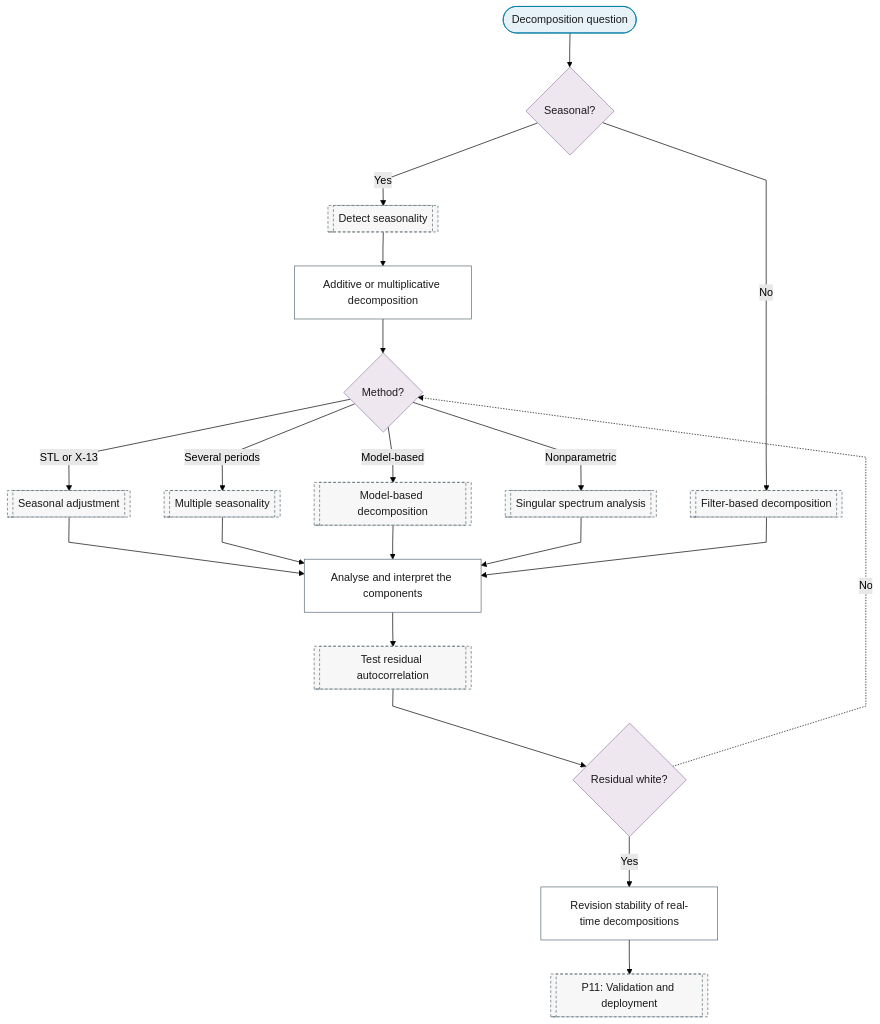
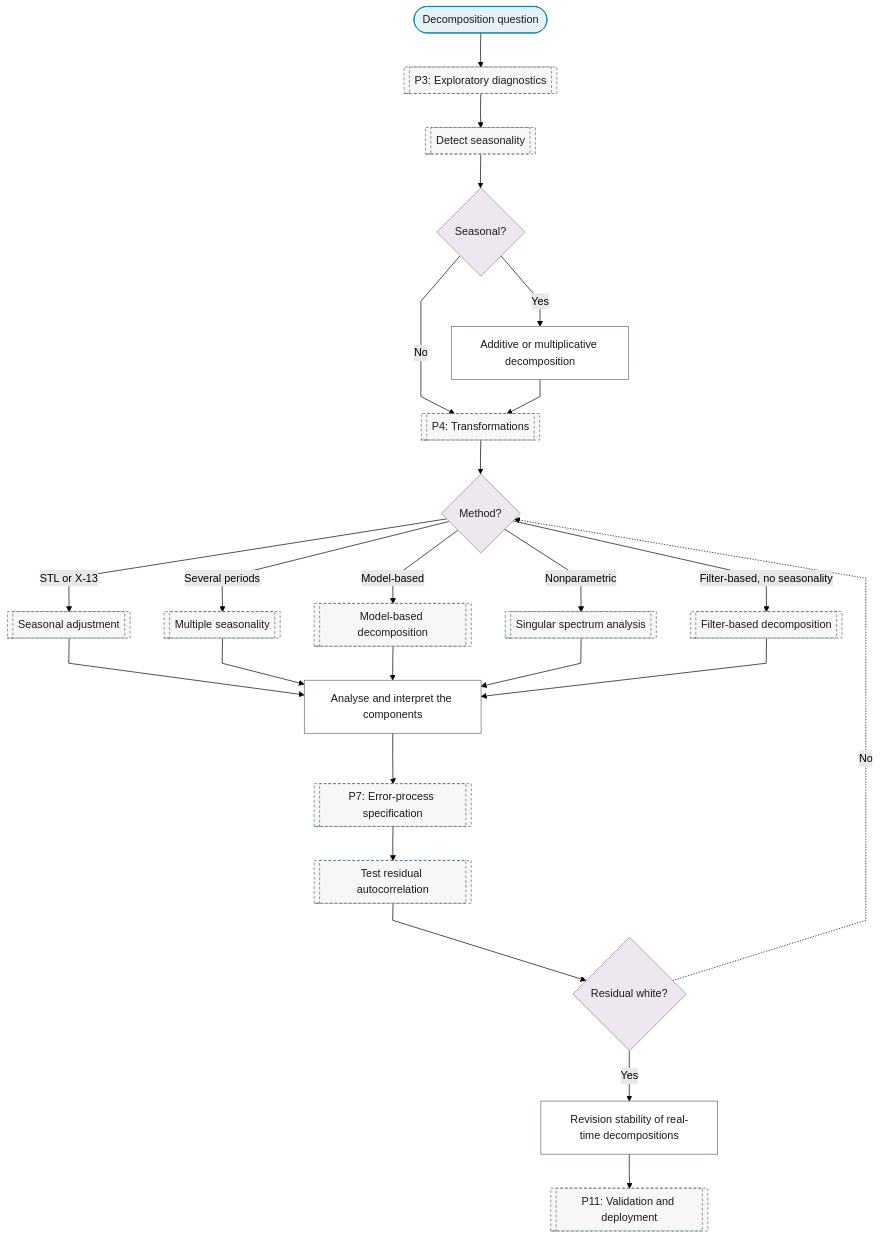
One commit to Shuxin-Y/time-series-analysis-manual changed the diagram in docs/01-workflow/p02-purpose/06-decomposition.md. Above: the diagram before and after it, drawn with Mermaid (forest theme). The commit also changed 12 other files, not shown here.

First line of the commit message:
fix(flowchart): purpose charts index the spine in phase order (rev1 M3)

````diff
--- a/docs/01-workflow/p02-purpose/06-decomposition.md
+++ b/docs/01-workflow/p02-purpose/06-decomposition.md
@@ -7,31 +7,35 @@
 ```mermaid
 %%{init: {"flowchart": {"curve": "linear"}}}%%
 graph TD
-    P2_DC_IN(["Decomposition question"]) --> P2_DC_SEASONAL{"Seasonal?"}
-    P2_DC_SEASONAL -->|"Yes"| P3_SEASONALITY[["Detect seasonality"]]
-    P2_DC_SEASONAL -->|"No"| P4_FILTER_DECOMPOSITION[["Filter-based decomposition"]]
-    P3_SEASONALITY --> P2_DC_ADDITIVE_MULTIPLICATIVE["Additive or multiplicative decomposition"]
-    P2_DC_ADDITIVE_MULTIPLICATIVE --> P2_DC_METHOD{"Method?"}
+    P2_DC_IN(["Decomposition question"]) --> P3[["P3: Exploratory diagnostics"]]
+    P3 --> P3_SEASONALITY[["Detect seasonality"]]
+    P3_SEASONALITY --> P2_DC_SEASONAL{"Seasonal?"}
+    P2_DC_SEASONAL -->|"Yes"| P2_DC_ADDITIVE_MULTIPLICATIVE["Additive or multiplicative decomposition"]
+    P2_DC_SEASONAL -->|"No"| P4
+    P2_DC_ADDITIVE_MULTIPLICATIVE --> P4[["P4: Transformations"]]
+    P4 --> P2_DC_METHOD{"Method?"}
     P2_DC_METHOD -->|"STL or X-13"| P4_SEASONAL_ADJUSTMENT[["Seasonal adjustment"]]
     P2_DC_METHOD -->|"Several periods"| P4_MULTIPLE_SEASONALITY[["Multiple seasonality"]]
     P2_DC_METHOD -->|"Model-based"| P4_MODEL_DECOMPOSITION[["Model-based decomposition"]]
     P2_DC_METHOD -->|"Nonparametric"| P4_SSA[["Singular spectrum analysis"]]
+    P2_DC_METHOD -->|"Filter-based, no seasonality"| P4_FILTER_DECOMPOSITION[["Filter-based decomposition"]]
     P4_SEASONAL_ADJUSTMENT & P4_MULTIPLE_SEASONALITY & P4_MODEL_DECOMPOSITION & P4_SSA & P4_FILTER_DECOMPOSITION --> P2_DC_COMPONENT_ANALYSIS["Analyse and interpret the components"]
-    P2_DC_COMPONENT_ANALYSIS --> P7_MEAN_TESTS[["Test residual autocorrelation"]]
+    P2_DC_COMPONENT_ANALYSIS --> P7[["P7: Error-process specification"]]
+    P7 --> P7_MEAN_TESTS[["Test residual autocorrelation"]]
     P7_MEAN_TESTS --> P2_DC_RESIDUAL{"Residual white?"}
     P2_DC_RESIDUAL -.->|"No"| P2_DC_METHOD
     P2_DC_RESIDUAL -->|"Yes"| P2_DC_REVISION["Revision stability of real-time decompositions"]
     P2_DC_REVISION --> P11[["P11: Validation and deployment"]]
     class P2_DC_IN terminator
     class P2_DC_SEASONAL,P2_DC_METHOD,P2_DC_RESIDUAL decision
     class P2_DC_ADDITIVE_MULTIPLICATIVE,P2_DC_COMPONENT_ANALYSIS,P2_DC_REVISION process
-    class P3_SEASONALITY,P4_FILTER_DECOMPOSITION,P4_SEASONAL_ADJUSTMENT,P4_MULTIPLE_SEASONALITY,P4_MODEL_DECOMPOSITION,P4_SSA,P7_MEAN_TESTS,P11 ref
+    class P3,P3_SEASONALITY,P4,P4_SEASONAL_ADJUSTMENT,P4_MULTIPLE_SEASONALITY,P4_MODEL_DECOMPOSITION,P4_SSA,P4_FILTER_DECOMPOSITION,P7,P7_MEAN_TESTS,P11 ref
     classDef terminator fill:#E6F2F7,stroke:#007BA7,color:#1A1A1A;
     classDef process fill:#FFFFFF,stroke:#5A6B73,color:#1A1A1A;
     classDef decision fill:#EFE7F0,stroke:#9B7FA7,color:#1A1A1A;
     classDef data fill:#FFF4E0,stroke:#C9A55E,color:#1A1A1A;
     classDef good fill:#DCEFD8,stroke:#4A7A3F,color:#1A1A1A;
     classDef escalate fill:#FFE9C2,stroke:#C9A55E,color:#1A1A1A;
     classDef problem fill:#F2D9DE,stroke:#800020,color:#1A1A1A;
     classDef ref fill:#F7F7F7,stroke:#5A6B73,color:#1A1A1A,stroke-dasharray:4 3;
 ```
````
